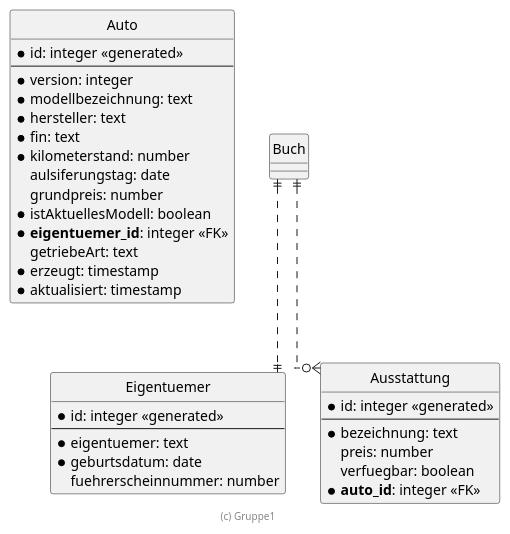
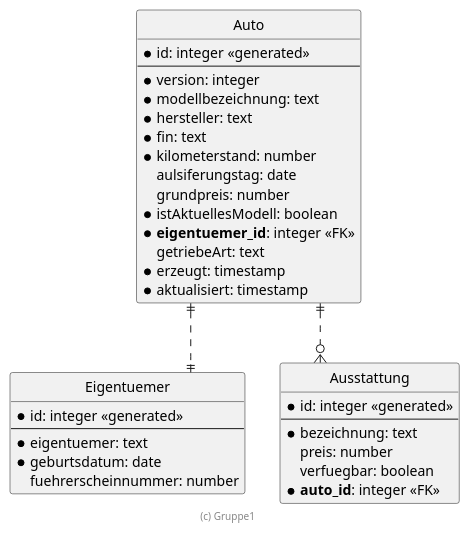
One commit to AntoninFa/auto changed the diagram in .extras/doc/projekthandbuch/ER-Diagramm.plantuml. Above: the diagram before and after it, drawn with PlantUML.

Commit message:
edited ER

```diff
--- a/.extras/doc/projekthandbuch/ER-Diagramm.plantuml
+++ b/.extras/doc/projekthandbuch/ER-Diagramm.plantuml
@@ -1,48 +1,48 @@
 @startuml ER Diagramm
 
 ' hide the spot
 hide circle
 
 ' evtl. Prbleme mit Kraehenfuessen vermeiden
 skinparam linetype ortho
 
 entity "Auto" {
   * id: integer <<generated>>
   --
   * version: integer
   * modellbezeichnung: text
   * hersteller: text
   * fin: text
   * kilometerstand: number
     aulsiferungstag: date
     grundpreis: number
   * istAktuellesModell: boolean
   * **eigentuemer_id**: integer <<FK>>
     getriebeArt: text
   * erzeugt: timestamp
   * aktualisiert: timestamp
 }
 
 entity "Eigentuemer" {
   * id: integer <<generated>>
   --
   * eigentuemer: text
   * geburtsdatum: date
     fuehrerscheinnummer: number
 }
 
 entity "Ausstattung" {
   * id: integer <<generated>>
   --
   * bezeichnung: text
     preis: number
     verfuegbar: boolean
   * **auto_id**: integer <<FK>>
 }
 
-Buch ||..|| Eigentuemer
-Buch ||..o{ Ausstattung
+Auto ||..|| Eigentuemer
+Auto ||..o{ Ausstattung
 
 footer (c) Gruppe1
 
 @enduml
```
